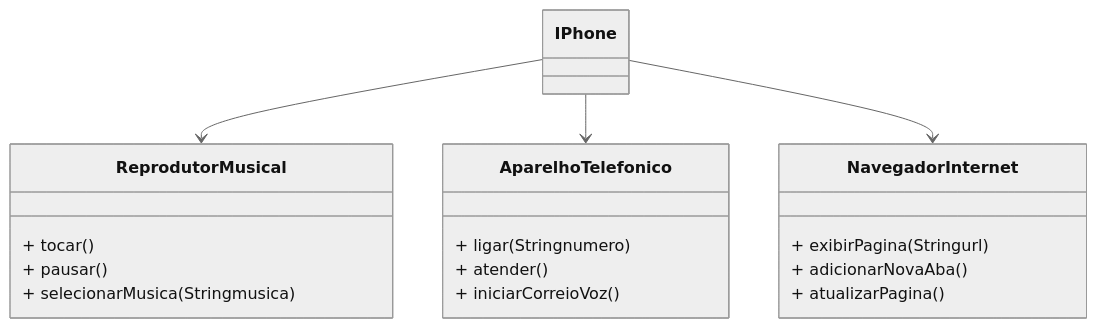
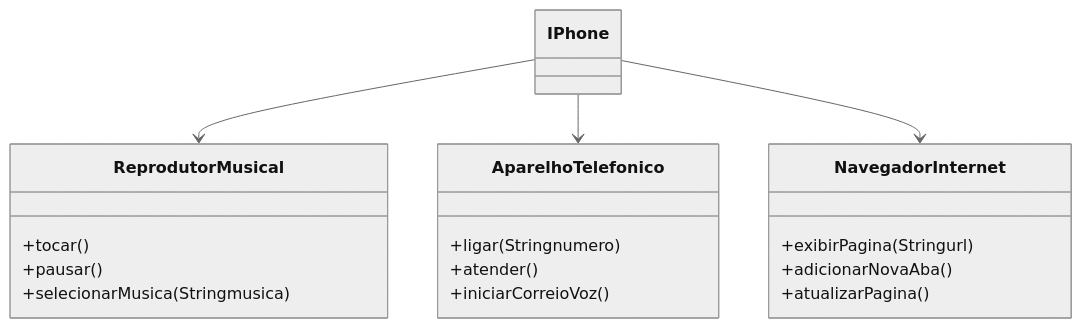
The diagram in Poo/UML.md (G22-dev/Repositorio-estudos-Java), drawn with Mermaid (neutral theme) before and after one commit.

````diff
--- a/Poo/UML.md
+++ b/Poo/UML.md
@@ -11,28 +11,28 @@
 ```mermaid
 classDiagram
     class ReprodutorMusical {
-        + tocar()
-        + pausar()
-        + selecionarMusica(Stringmusica)
+        +tocar()
+        +pausar()
+        +selecionarMusica(Stringmusica)
     }
 
     class AparelhoTelefonico {
 
-        + ligar(Stringnumero)
-        + atender()
-        + iniciarCorreioVoz()
+        +ligar(Stringnumero)
+        +atender()
+        +iniciarCorreioVoz()
     }
 
     class NavegadorInternet {
 
-        + exibirPagina(Stringurl)
-        + adicionarNovaAba()
-        + atualizarPagina()
+        +exibirPagina(Stringurl)
+        +adicionarNovaAba()
+        +atualizarPagina()
     }
 
     class IPhone{}
 
     IPhone --> ReprodutorMusical
     IPhone --> AparelhoTelefonico
     IPhone --> NavegadorInternet
 ```    
````
